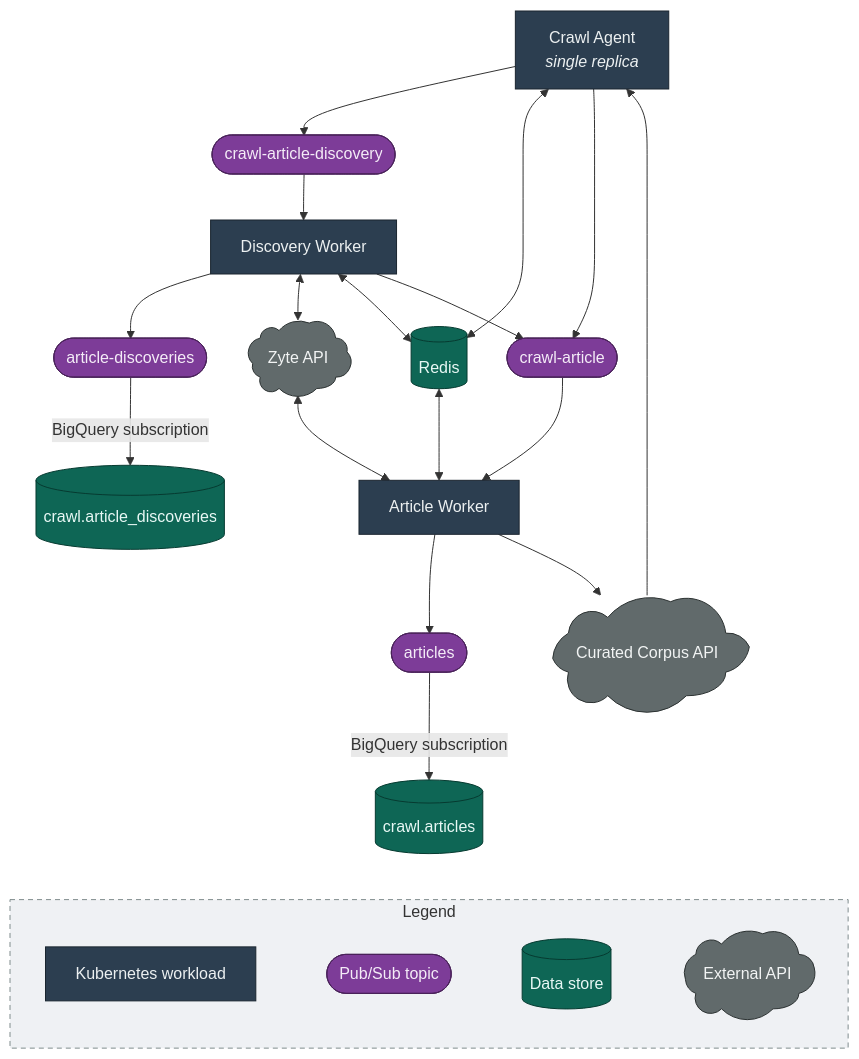
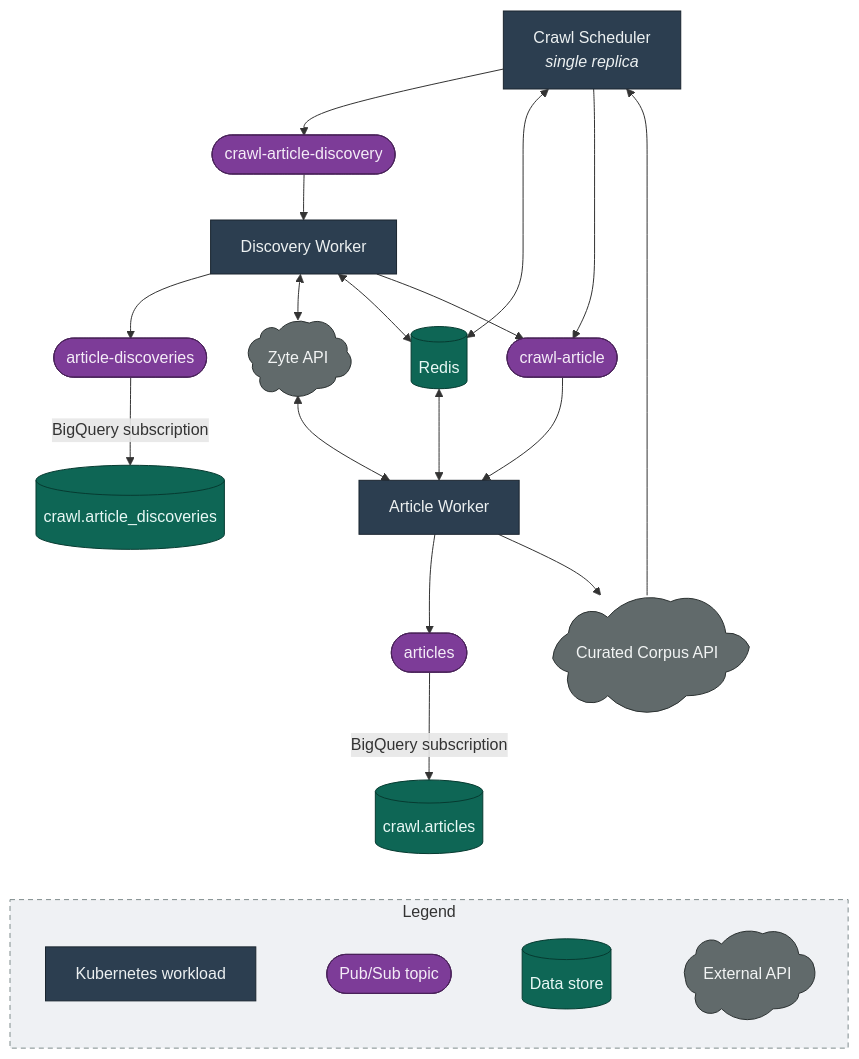
The third of 5 diagrams in docs/crawl/ARCHITECTURE.md (mozilla/hnt-content), drawn with Mermaid before and after one commit. The commit also changed other lines of this file and 1 other file, not shown here.

First line of the commit message:
docs(HNT-2978): rename the crawl agent to the crawl scheduler

````diff
--- a/docs/crawl/ARCHITECTURE.md
+++ b/docs/crawl/ARCHITECTURE.md
@@ -171,60 +171,60 @@
 ```mermaid
 ---
 config:
   flowchart:
     nodeSpacing: 40
     rankSpacing: 46
 ---
 flowchart TB
-    A["Crawl Agent<br/><i>single replica</i>"]
+    A["Crawl Scheduler<br/><i>single replica</i>"]
     Q1(["crawl-article-discovery"])
     DW["Discovery Worker"]
     T1(["article-discoveries"])
     B1[("crawl.article_discoveries")]
     ZY@{ shape: cloud, label: "Zyte API" }
     RD[("Redis")]
     Q2(["crawl-article"])
     CC@{ shape: cloud, label: "Curated Corpus API" }
     AW["Article Worker"]
     T2(["articles"])
     B2[("crawl.articles")]
 
     A --> Q1
     Q1 --> DW
     DW --> T1
     T1 -- "BigQuery subscription" --> B1
     DW <--> ZY
     DW <--> RD
     DW --> Q2
     Q2 --> AW
     AW --> T2
     T2 -- "BigQuery subscription" --> B2
     A <--> RD
     A --> Q2
     CC --> A
     ZY <--> AW
     RD <--> AW
     AW --> CC
 
     subgraph LEGEND["Legend"]
       direction LR
       L1["Kubernetes workload"] ~~~ L2(["Pub/Sub topic"])
       L2 ~~~ L3[("Data store")]
       L3 ~~~ L4@{ shape: cloud, label: "External API" }
     end
     B2 ~~~ L1
     class L1 workload
     class L2 messaging
     class L3 store
     class L4 external
     style LEGEND fill:#8899aa22,stroke:#7f8c8d,stroke-width:1px,stroke-dasharray:5 4
 
     classDef workload fill:#2c3e50,stroke:#1a252f,color:#ecf0f1,stroke-width:1px
     classDef messaging fill:#7d3c98,stroke:#4a235a,color:#f4ecf7,stroke-width:1px
     classDef store fill:#0e6655,stroke:#073b31,color:#e8f8f5,stroke-width:1px
     classDef external fill:#616a6b,stroke:#2c3232,color:#f2f4f4,stroke-width:1px
     class A,DW,AW workload
     class Q1,Q2,T1,T2 messaging
     class B1,B2,RD store
     class ZY,CC external
 ```
````
